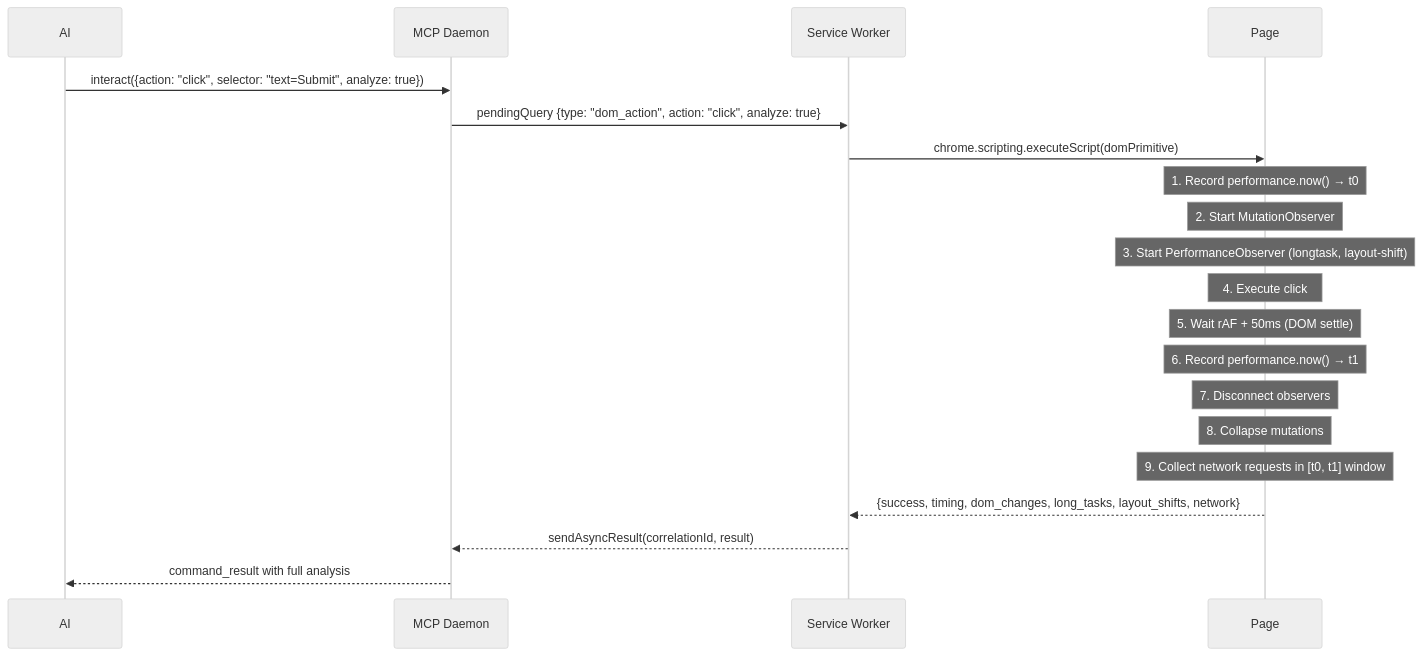
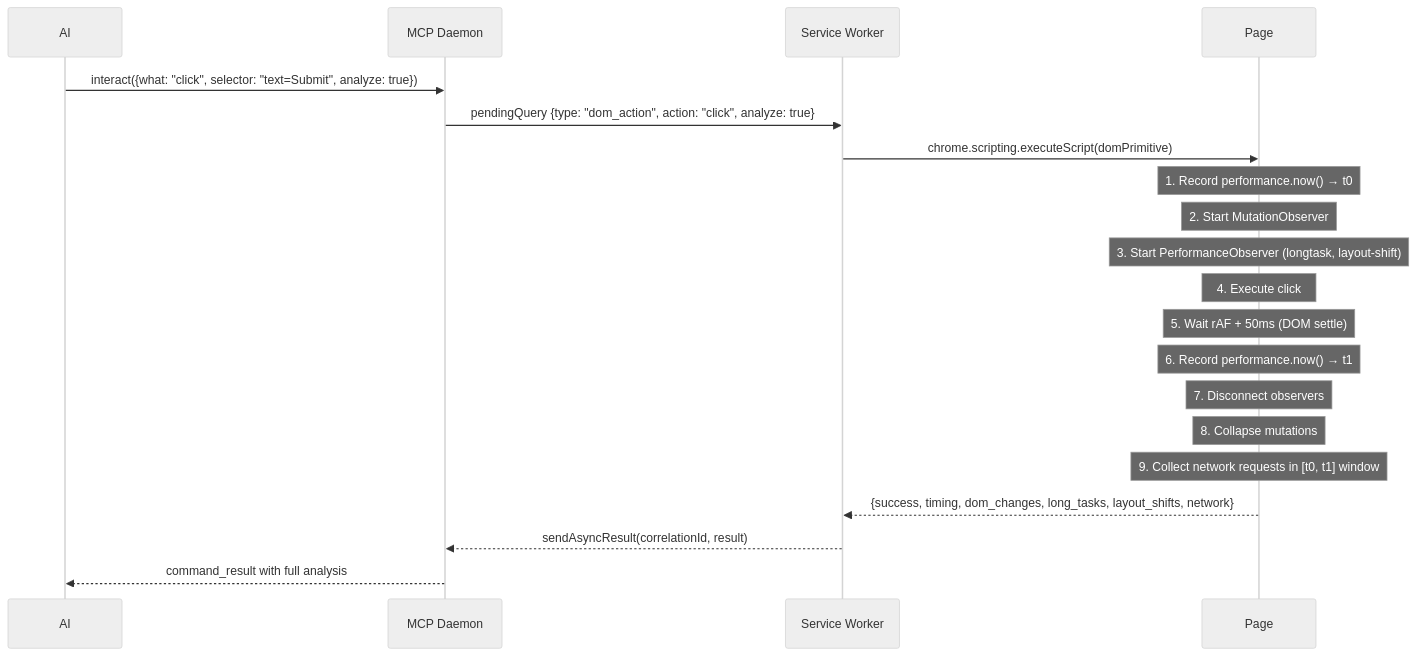
Before and after one commit to brennhill/Kaboom-Browser-AI-Devtools-MCP: the second of 2 diagrams in docs/features/feature/perf-experimentation/tech-spec.md, drawn with Mermaid (neutral theme). The commit also changed other lines of this file and 243 other files, not shown here.

````diff
--- a/docs/features/feature/perf-experimentation/tech-spec.md
+++ b/docs/features/feature/perf-experimentation/tech-spec.md
@@ -224,26 +224,26 @@
 ```mermaid
 sequenceDiagram
     participant AI
     participant Daemon as MCP Daemon
     participant SW as Service Worker
     participant Page
 
-    AI->>Daemon: interact({action: "click", selector: "text=Submit", analyze: true})
+    AI->>Daemon: interact({what: "click", selector: "text=Submit", analyze: true})
     Daemon->>SW: pendingQuery {type: "dom_action", action: "click", analyze: true}
 
     SW->>Page: chrome.scripting.executeScript(domPrimitive)
 
     Note over Page: 1. Record performance.now() → t0
     Note over Page: 2. Start MutationObserver
     Note over Page: 3. Start PerformanceObserver (longtask, layout-shift)
     Note over Page: 4. Execute click
     Note over Page: 5. Wait rAF + 50ms (DOM settle)
     Note over Page: 6. Record performance.now() → t1
     Note over Page: 7. Disconnect observers
     Note over Page: 8. Collapse mutations
     Note over Page: 9. Collect network requests in [t0, t1] window
 
     Page-->>SW: {success, timing, dom_changes, long_tasks, layout_shifts, network}
     SW-->>Daemon: sendAsyncResult(correlationId, result)
     Daemon-->>AI: command_result with full analysis
 ```
````
